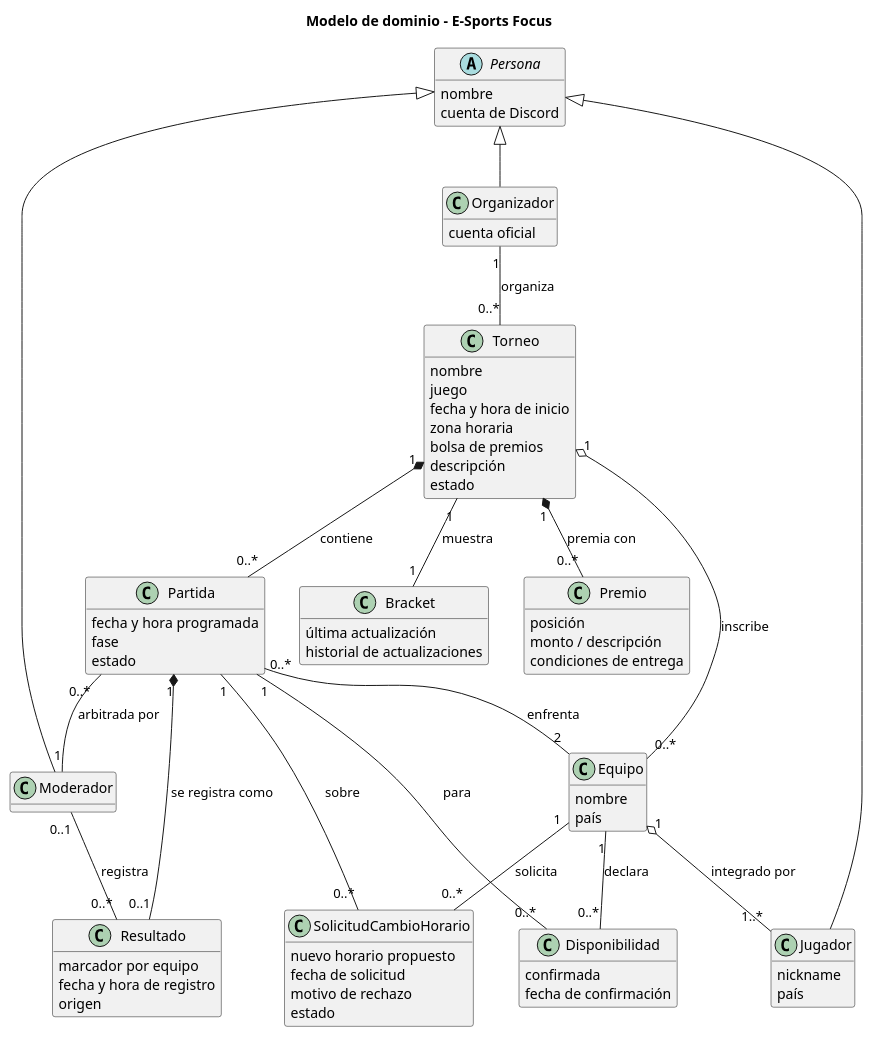
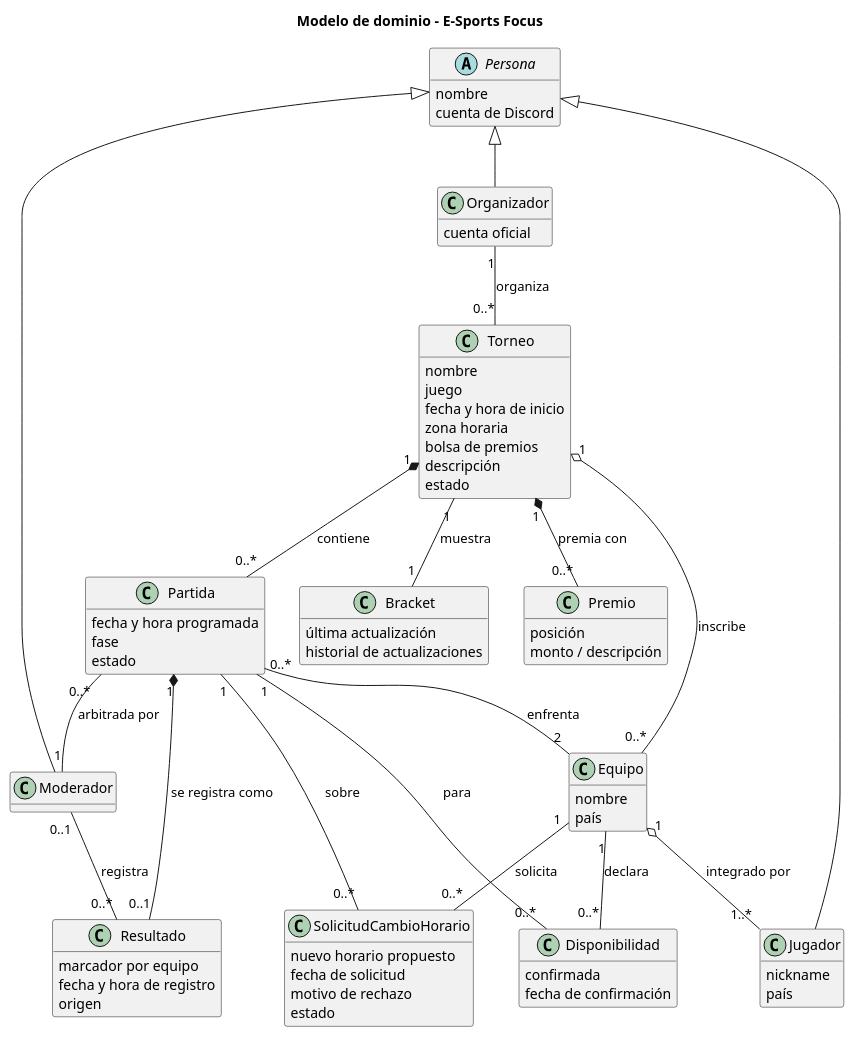
The diagram in diagramas/modelo-dominio.puml (E-SportsFocus/Organizacion_de_torneos), drawn with PlantUML before and after one commit. The commit also changed 38 other files, not shown here.

```diff
--- a/diagramas/modelo-dominio.puml
+++ b/diagramas/modelo-dominio.puml
@@ -1,89 +1,88 @@
 @startuml modelo-dominio
 title Modelo de dominio - E-Sports Focus
 hide methods
 
 abstract class Persona {
   nombre
   cuenta de Discord
 }
 
 class Jugador {
   nickname
   país
 }
 
 class Moderador
 
 class Organizador {
   cuenta oficial
 }
 
 class Torneo {
   nombre
   juego
   fecha y hora de inicio
   zona horaria
   bolsa de premios
   descripción
   estado
 }
 
 class Partida {
   fecha y hora programada
   fase
   estado
 }
 
 class Equipo {
   nombre
   país
 }
 
 class Resultado {
   marcador por equipo
   fecha y hora de registro
   origen
 }
 
 class Bracket {
   última actualización
   historial de actualizaciones
 }
 
 class Disponibilidad {
   confirmada
   fecha de confirmación
 }
 
 class SolicitudCambioHorario {
   nuevo horario propuesto
   fecha de solicitud
   motivo de rechazo
   estado
 }
 
 class Premio {
   posición
   monto / descripción
-  condiciones de entrega
 }
 
 Persona <|-- Jugador
 Persona <|-- Moderador
 Persona <|-- Organizador
 
 Organizador "1" -- "0..*" Torneo : organiza
 Torneo "1" *-- "0..*" Partida : contiene
 Torneo "1" -- "1" Bracket : muestra
 Torneo "1" *-- "0..*" Premio : premia con
 Torneo "1" o-- "0..*" Equipo : inscribe
 Partida "0..*" -- "2" Equipo : enfrenta
 Partida "0..*" -- "1" Moderador : arbitrada por
 Partida "1" *-- "0..1" Resultado : se registra como
 Moderador "0..1" -- "0..*" Resultado : registra
 Equipo "1" o-- "1..*" Jugador : integrado por
 Equipo "1" -- "0..*" Disponibilidad : declara
 Disponibilidad "0..*" -- "1" Partida : para
 Equipo "1" -down- "0..*" SolicitudCambioHorario : solicita
 Partida "1" -right- "0..*" SolicitudCambioHorario : sobre
 @enduml
```
